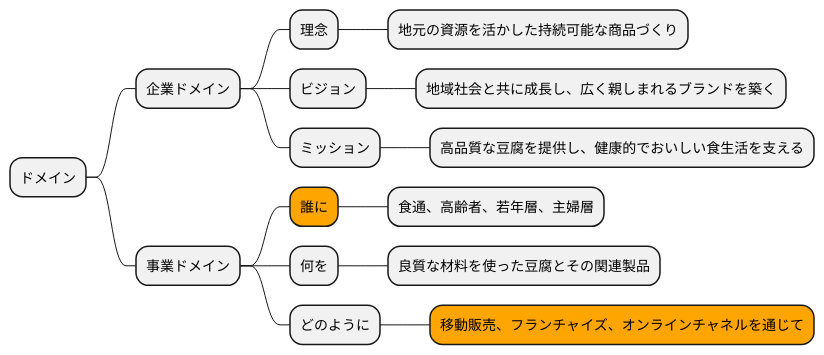
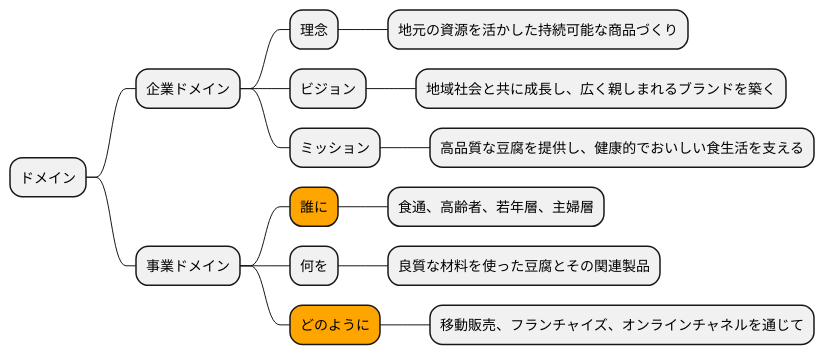
One commit to k2works/case-sutudy-business-analysis changed the fifth of 16 diagrams in docs/case/r03_case_2.adoc. Above: the diagram before and after it, drawn with PlantUML. The commit also changed other lines of this file, not shown here.

```diff
--- a/docs/case/r03_case_2.adoc
+++ b/docs/case/r03_case_2.adoc
@@ -186,22 +186,22 @@
 [plantuml]
 ----
 @startmindmap
 
 * ドメイン
 ** 企業ドメイン
 *** 理念
 **** 地元の資源を活かした持続可能な商品づくり
 *** ビジョン
 **** 地域社会と共に成長し、広く親しまれるブランドを築く
 *** ミッション
 **** 高品質な豆腐を提供し、健康的でおいしい食生活を支える
 ** 事業ドメイン
 ***[#orange] 誰に
 **** 食通、高齢者、若年層、主婦層
 *** 何を
 **** 良質な材料を使った豆腐とその関連製品
-*** どのように
-****[#orange] 移動販売、フランチャイズ、オンラインチャネルを通じて
+***[#orange] どのように
+**** 移動販売、フランチャイズ、オンラインチャネルを通じて
 
 @endmindmap
 ----
```
